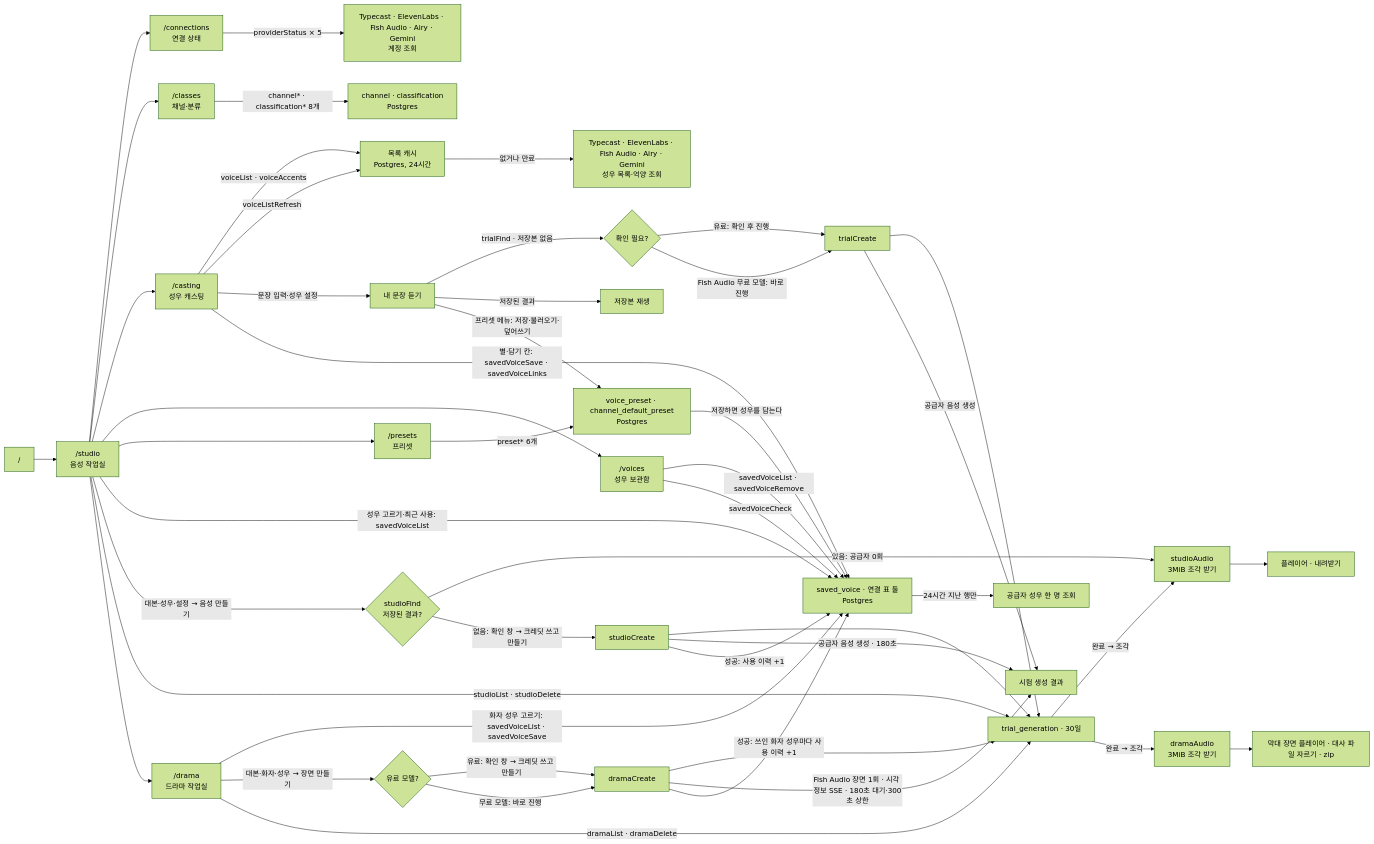
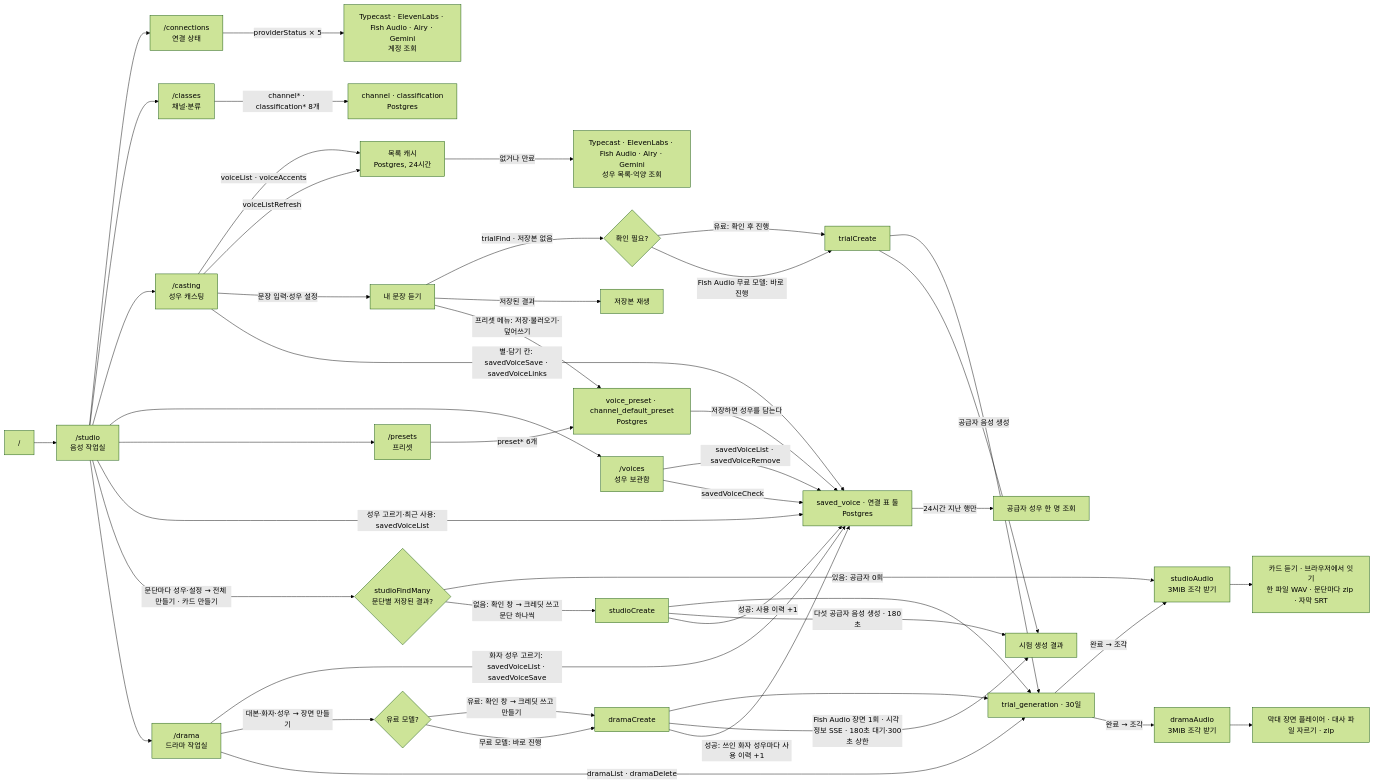
Before and after one commit to roadkwonai/omni-ai-tts: the diagram in docs/domain/project.md, drawn with Mermaid (forest theme). The commit also changed other lines of this file and 119 other files, not shown here.

````diff
--- a/docs/domain/project.md
+++ b/docs/domain/project.md
@@ -18,49 +18,48 @@
 ```mermaid
 flowchart LR
   R["/"] --> S["/studio<br/>음성 작업실"]
   S --> C["/connections<br/>연결 상태"]
   C -->|providerStatus × 5| P["Typecast · ElevenLabs · Fish Audio · Airy · Gemini<br/>계정 조회"]
   S --> CL["/classes<br/>채널·분류"]
   CL -->|"channel* · classification* 8개"| CD["channel · classification<br/>Postgres"]
   S --> V["/casting<br/>성우 캐스팅"]
   V -->|"voiceList · voiceAccents"| K["목록 캐시<br/>Postgres, 24시간"]
   K -->|"없거나 만료"| L["Typecast · ElevenLabs · Fish Audio · Airy · Gemini<br/>성우 목록·억양 조회"]
   V -->|voiceListRefresh| K
   V -->|문장 입력·성우 설정| TF["내 문장 듣기"]
   TF -->|trialFind · 저장본 없음| TC{"확인 필요?"}
   TC -->|유료: 확인 후 진행| TCR["trialCreate"]
   TC -->|Fish Audio 무료 모델: 바로 진행| TCR
   TF -->|저장된 결과| TA["저장본 재생"]
   TCR --> TR["trial_generation · 30일"]
   TCR -->|공급자 음성 생성| TOUT["시험 생성 결과"]
   V -->|"별·담기 칸: savedVoiceSave · savedVoiceLinks"| SV["saved_voice · 연결 표 둘<br/>Postgres"]
   S --> LB["/voices<br/>성우 보관함"]
   LB -->|"savedVoiceList · savedVoiceRemove"| SV
   LB -->|savedVoiceCheck| SV
   SV -->|"24시간 지난 행만"| G["공급자 성우 한 명 조회"]
   S --> PR["/presets<br/>프리셋"]
   PR -->|"preset* 6개"| PD["voice_preset · channel_default_preset<br/>Postgres"]
   TF -->|"프리셋 메뉴: 저장·불러오기·덮어쓰기"| PD
   PD -->|"저장하면 성우를 담는다"| SV
   S -->|"성우 고르기·최근 사용: savedVoiceList"| SV
-  S -->|"대본·성우·설정 → 음성 만들기"| SF{"studioFind<br/>저장된 결과?"}
+  S -->|"문단마다 성우·설정 → 전체 만들기 · 카드 만들기"| SF{"studioFindMany<br/>문단별 저장된 결과?"}
   SF -->|"있음: 공급자 0회"| SA["studioAudio<br/>3MiB 조각 받기"]
-  SF -->|"없음: 확인 창 → 크레딧 쓰고 만들기"| SC["studioCreate"]
+  SF -->|"없음: 확인 창 → 크레딧 쓰고 문단 하나씩"| SC["studioCreate"]
   SC --> TR
-  SC -->|"공급자 음성 생성 · 180초"| TOUT
+  SC -->|"다섯 공급자 음성 생성 · 180초"| TOUT
   SC -->|"성공: 사용 이력 +1"| SV
   TR -->|"완료 → 조각"| SA
-  SA --> SP["플레이어 · 내려받기"]
-  S -->|"studioList · studioDelete"| TR
+  SA --> SP["카드 듣기 · 브라우저에서 잇기<br/>한 파일 WAV · 문단마다 zip · 자막 SRT"]
   S --> DR["/drama<br/>드라마 작업실"]
   DR -->|"화자 성우 고르기: savedVoiceList · savedVoiceSave"| SV
   DR -->|"대본·화자·성우 → 장면 만들기"| DF{"유료 모델?"}
   DF -->|"유료: 확인 창 → 크레딧 쓰고 만들기"| DC["dramaCreate"]
   DF -->|"무료 모델: 바로 진행"| DC
   DC --> TR
   DC -->|"Fish Audio 장면 1회 · 시각 정보 SSE · 180초 대기·300초 상한"| TOUT
   DC -->|"성공: 쓰인 화자 성우마다 사용 이력 +1"| SV
   TR -->|"완료 → 조각"| DA["dramaAudio<br/>3MiB 조각 받기"]
   DA --> DP["막대 장면 플레이어 · 대사 파일 자르기 · zip"]
   DR -->|"dramaList · dramaDelete"| TR
 ```
````
